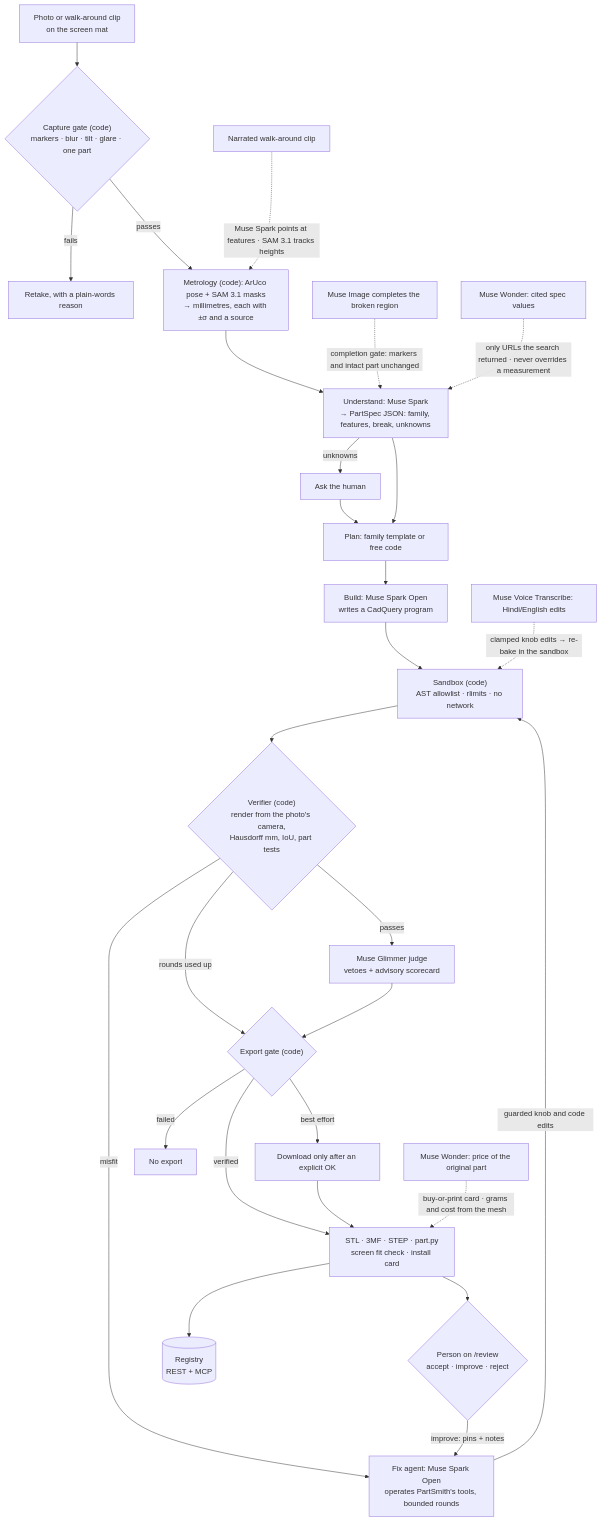
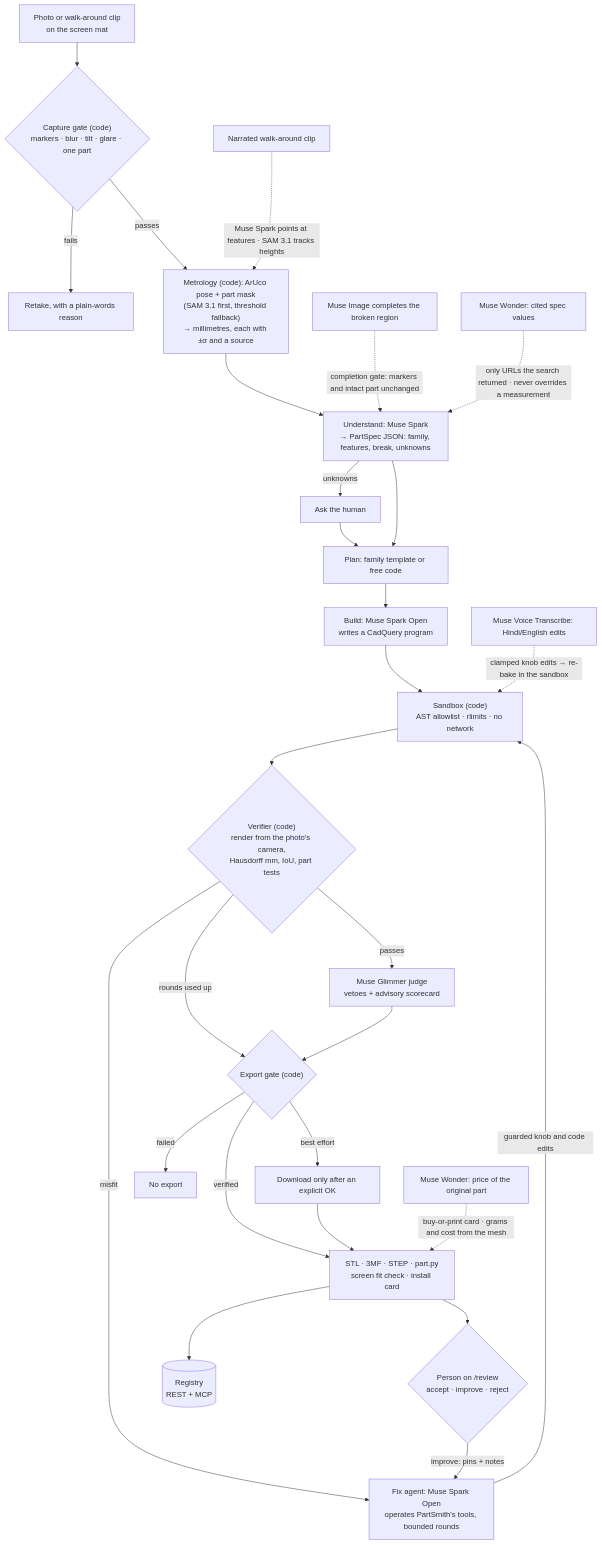
Before and after one commit to Prashant-thakur77/partsmith: the first of 6 diagrams in README.md, drawn with Mermaid. The commit also changed other lines of this file and 1125 other files, not shown here.

First line of the commit message:
feat(eval): large live evaluation, and a correction: SAM 3.1 is asked first, but the fallback measured most runs

````diff
--- a/README.md
+++ b/README.md
@@ -225,31 +226,31 @@
 ```mermaid
 flowchart TD
     photo["Photo or walk-around clip<br/>on the screen mat"] --> gate{"Capture gate (code)<br/>markers · blur · tilt · glare · one part"}
     gate -->|"fails"| retake["Retake, with a plain-words reason"]
-    gate -->|"passes"| metro["Metrology (code): ArUco pose + SAM 3.1 masks<br/>→ millimetres, each with ±σ and a source"]
+    gate -->|"passes"| metro["Metrology (code): ArUco pose + part mask<br/>(SAM 3.1 first, threshold fallback)<br/>→ millimetres, each with ±σ and a source"]
     metro --> understand["Understand: Muse Spark<br/>→ PartSpec JSON: family, features, break, unknowns"]
     understand -->|"unknowns"| ask["Ask the human"]
     ask --> plan
     understand --> plan["Plan: family template or free code"]
     plan --> build["Build: Muse Spark Open<br/>writes a CadQuery program"]
     build --> sandbox["Sandbox (code)<br/>AST allowlist · rlimits · no network"]
     sandbox --> verifier{"Verifier (code)<br/>render from the photo's camera,<br/>Hausdorff mm, IoU, part tests"}
     verifier -->|"misfit"| fix["Fix agent: Muse Spark Open<br/>operates PartSmith's tools, bounded rounds"]
     fix -->|"guarded knob and code edits"| sandbox
     verifier -->|"passes"| judge["Muse Glimmer judge<br/>vetoes + advisory scorecard"]
     verifier -->|"rounds used up"| exportgate
     judge --> exportgate{"Export gate (code)"}
     out --> review{"Person on /review<br/>accept · improve · reject"}
     review -->|"improve: pins + notes"| fix
     exportgate -->|"verified"| out["STL · 3MF · STEP · part.py<br/>screen fit check · install card"]
     exportgate -->|"best effort"| ack["Download only after an explicit OK"]
     exportgate -->|"failed"| noexport["No export"]
     ack --> out
     out --> registry[("Registry<br/>REST + MCP")]
 
     clip["Narrated walk-around clip"] -.->|"Muse Spark points at features · SAM 3.1 tracks heights"| metro
     image["Muse Image completes the broken region"] -.->|"completion gate: markers and intact part unchanged"| understand
     wonder["Muse Wonder: cited spec values"] -.->|"only URLs the search returned · never overrides a measurement"| understand
     buy["Muse Wonder: price of the original part"] -.->|"buy-or-print card · grams and cost from the mesh"| out
     voice["Muse Voice Transcribe: Hindi/English edits"] -.->|"clamped knob edits → re-bake in the sandbox"| sandbox
 ```
````
